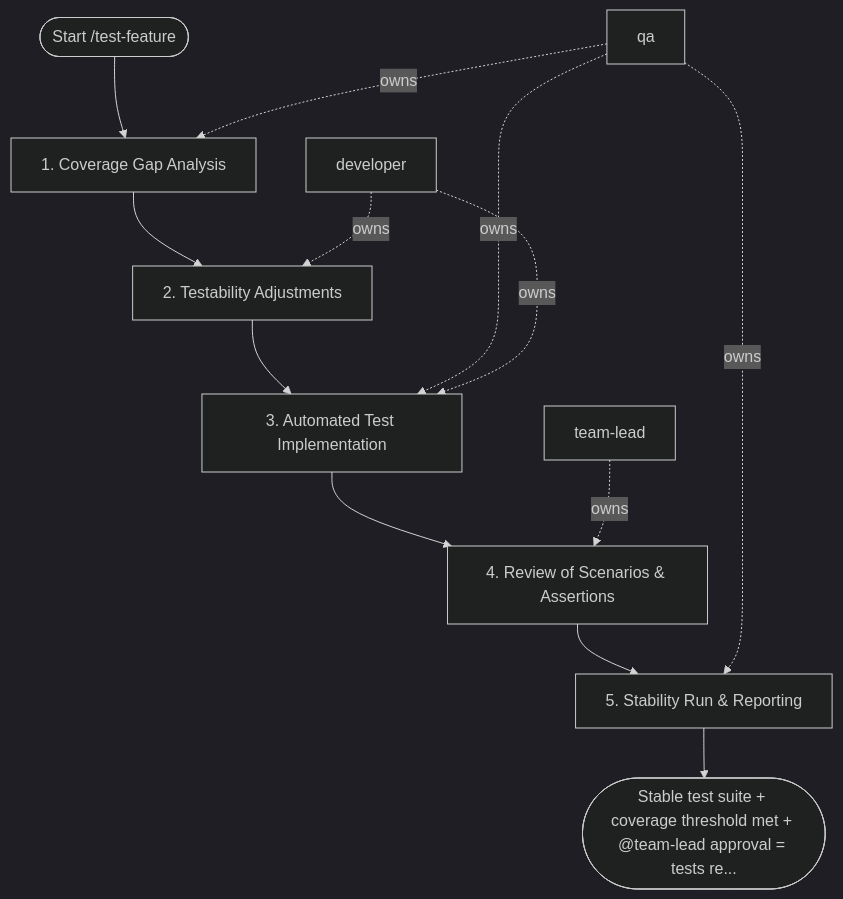
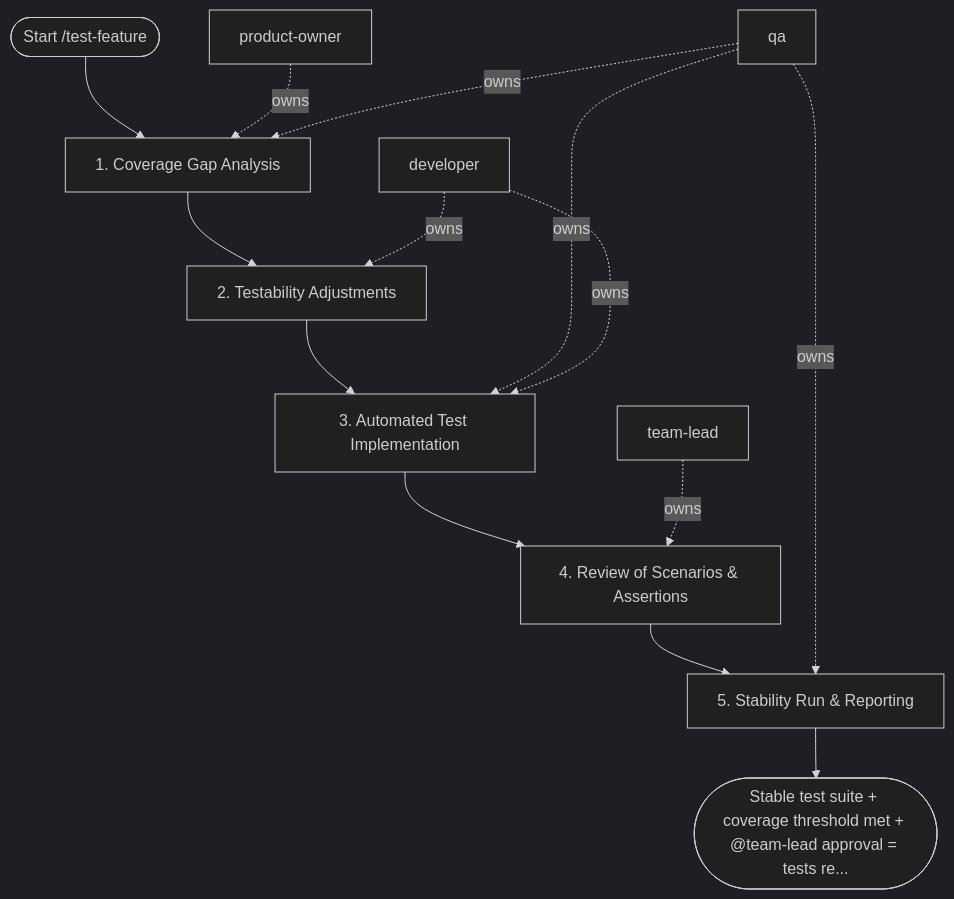
Before and after one commit to sawrus/agent-guides: the diagram in areas/software/backend/workflows/test-feature.md, drawn with Mermaid (dark theme). The commit also changed other lines of this file and 76 other files, not shown here.

Commit message:
Standardize workflow product owner initiation

````diff
--- a/areas/software/backend/workflows/test-feature.md
+++ b/areas/software/backend/workflows/test-feature.md
@@ -69,25 +69,27 @@
 ```mermaid
 flowchart TD
   start(["Start /test-feature"])
-  role_1["qa"]
-  role_2["developer"]
-  role_3["team-lead"]
+  role_1["product-owner"]
+  role_2["qa"]
+  role_3["developer"]
+  role_4["team-lead"]
   step_1["1. Coverage Gap Analysis"]
   step_2["2. Testability Adjustments"]
   step_3["3. Automated Test Implementation"]
   step_4["4. Review of Scenarios & Assertions"]
   step_5["5. Stability Run & Reporting"]
   exit(["Stable test suite + coverage threshold met + @team-lead approval = tests re..."])
   start --> step_1
   step_1 --> step_2
   step_2 --> step_3
   step_3 --> step_4
   step_4 --> step_5
   step_5 --> exit
   role_1 -. owns .-> step_1
-  role_2 -. owns .-> step_2
-  role_1 -. owns .-> step_3
+  role_2 -. owns .-> step_1
+  role_3 -. owns .-> step_2
   role_2 -. owns .-> step_3
-  role_3 -. owns .-> step_4
-  role_1 -. owns .-> step_5
+  role_3 -. owns .-> step_3
+  role_4 -. owns .-> step_4
+  role_2 -. owns .-> step_5
 ```
````
